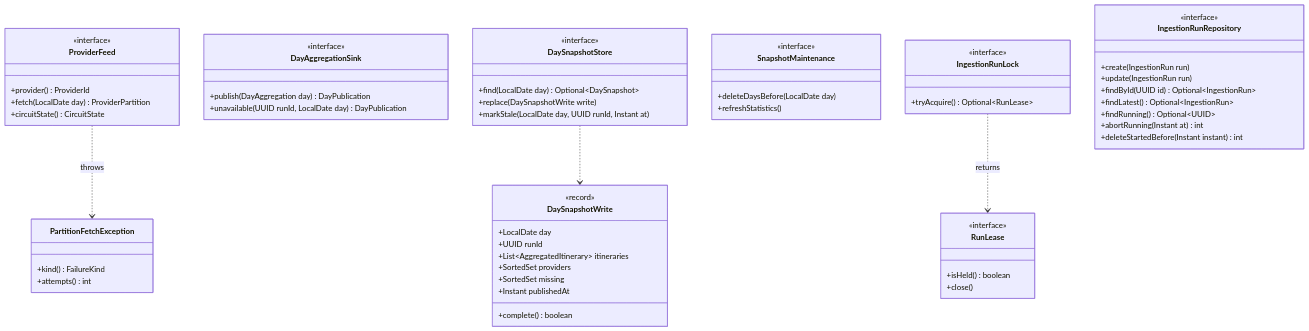
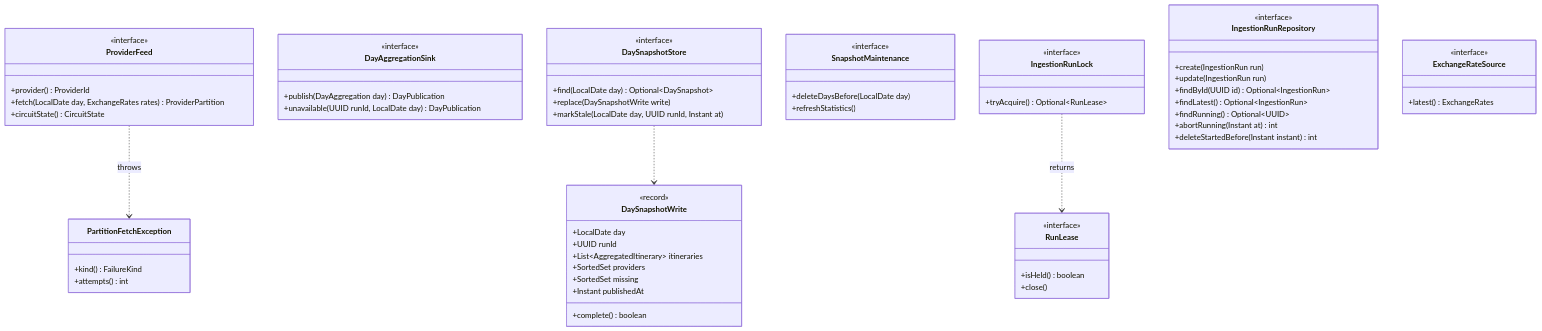
Before and after one commit to andresps980/flight-aggregator: the second of 3 diagrams in docs/architecture/packages/flight-aggregator/ingestion-application.md, drawn with Mermaid. The commit also changed other lines of this file and 14 other files, not shown here.

Commit message:
docs: spec 008 in usage, providers, architecture, SOLUTION.md and README; compose mixes currencies, CI uses the FX double

````diff
--- a/docs/architecture/packages/flight-aggregator/ingestion-application.md
+++ b/docs/architecture/packages/flight-aggregator/ingestion-application.md
@@ -51,63 +51,68 @@
 ```mermaid
 classDiagram
     %% package: com.andresps.flights.ingestion.application.port.out
     class ProviderFeed {
         <<interface>>
         +provider() ProviderId
-        +fetch(LocalDate day) ProviderPartition
+        +fetch(LocalDate day, ExchangeRates rates) ProviderPartition
         +circuitState() CircuitState
     }
     class PartitionFetchException {
         +kind() FailureKind
         +attempts() int
     }
     class DayAggregationSink {
         <<interface>>
         +publish(DayAggregation day) DayPublication
         +unavailable(UUID runId, LocalDate day) DayPublication
     }
     class DaySnapshotStore {
         <<interface>>
         +find(LocalDate day) Optional~DaySnapshot~
         +replace(DaySnapshotWrite write)
         +markStale(LocalDate day, UUID runId, Instant at)
     }
     class DaySnapshotWrite {
         <<record>>
         +LocalDate day
         +UUID runId
         +List~AggregatedItinerary~ itineraries
         +SortedSet providers
         +SortedSet missing
         +Instant publishedAt
         +complete() boolean
     }
     class SnapshotMaintenance {
         <<interface>>
         +deleteDaysBefore(LocalDate day)
         +refreshStatistics()
     }
     class IngestionRunLock {
         <<interface>>
         +tryAcquire() Optional~RunLease~
     }
     class RunLease {
         <<interface>>
         +isHeld() boolean
         +close()
     }
     class IngestionRunRepository {
         <<interface>>
         +create(IngestionRun run)
         +update(IngestionRun run)
         +findById(UUID id) Optional~IngestionRun~
         +findLatest() Optional~IngestionRun~
         +findRunning() Optional~UUID~
         +abortRunning(Instant at) int
         +deleteStartedBefore(Instant instant) int
     }
 
+    class ExchangeRateSource {
+        <<interface>>
+        +latest() ExchangeRates
+    }
+
     ProviderFeed ..> PartitionFetchException : throws
     DaySnapshotStore ..> DaySnapshotWrite
     IngestionRunLock ..> RunLease : returns
 ```
````
